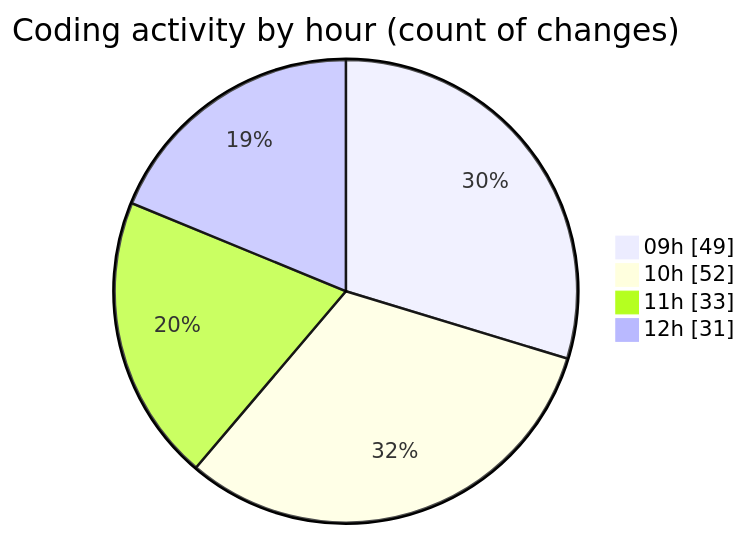
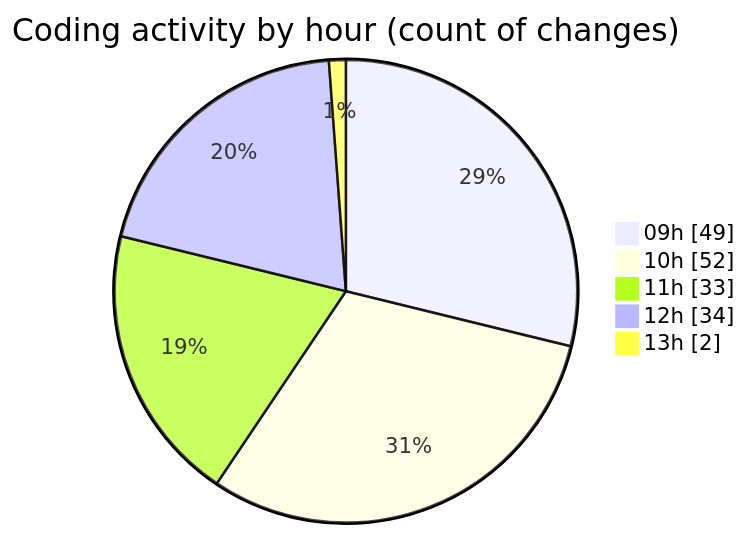
The second of 2 diagrams in 2026-08-10/cda/README.md (momahboobian/code-tracking), drawn with Mermaid before and after one commit. The commit also changed other lines of this file and 1 other file, not shown here.

````diff
--- a/2026-08-10/cda/README.md
+++ b/2026-08-10/cda/README.md
@@ -44,8 +44,9 @@
 ```mermaid
 pie showData
 title Coding activity by hour (count of changes)
 "09h" : 49
 "10h" : 52
 "11h" : 33
-"12h" : 31
+"12h" : 34
+"13h" : 2
 ```
````
